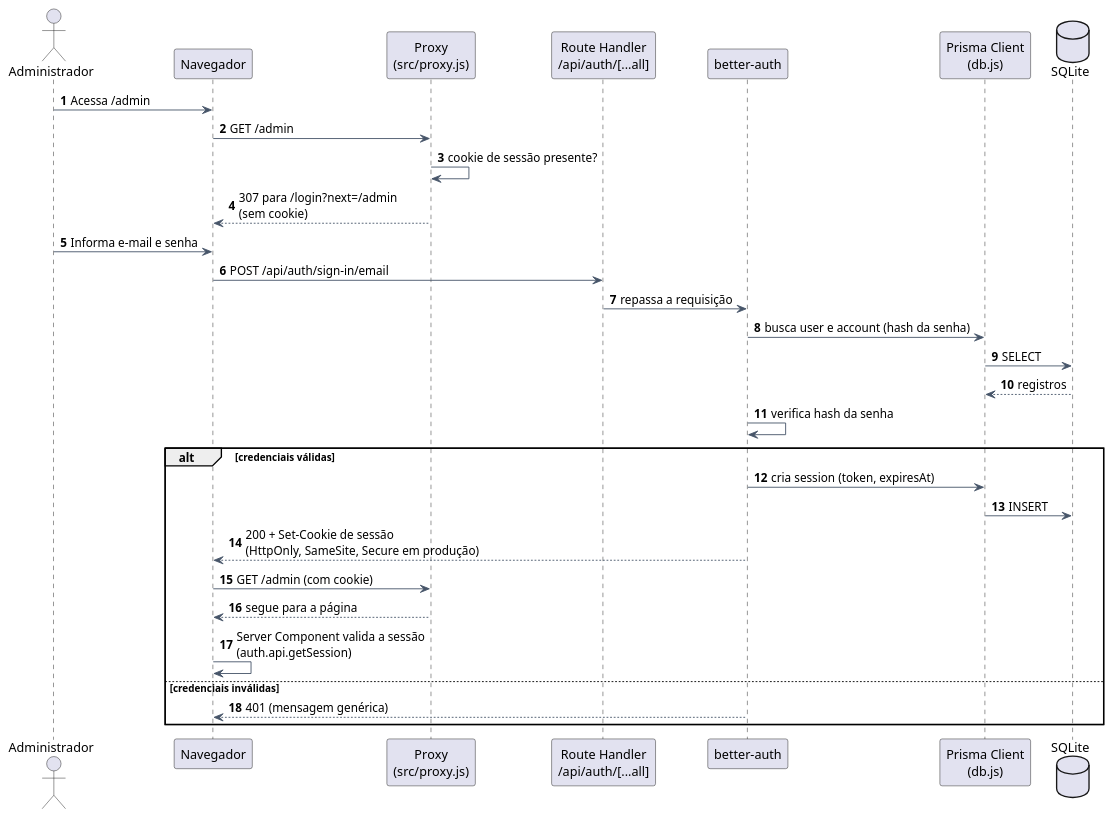
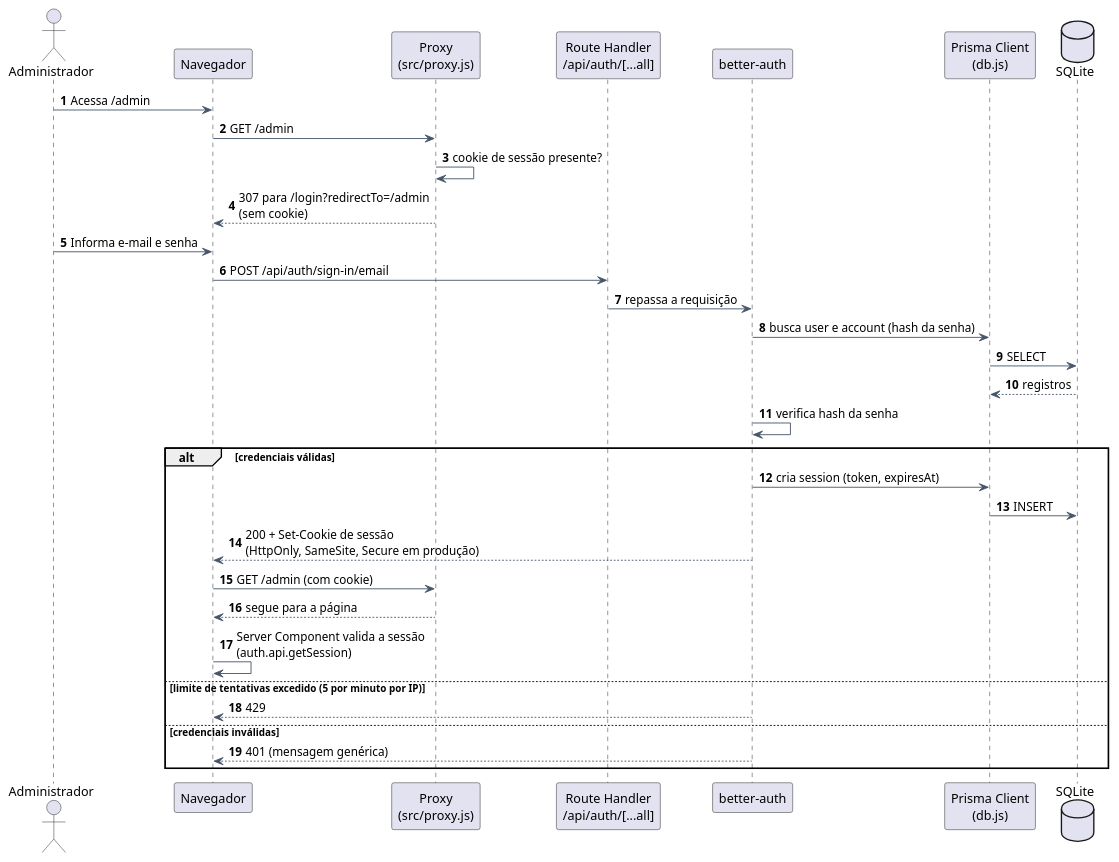
One commit to fromcaio/vitrine changed the diagram in doc/diagrams/src/seq-autenticacao.puml. Above: the diagram before and after it, drawn with PlantUML. The commit also changed 13 other files, not shown here.

```diff
--- a/doc/diagrams/src/seq-autenticacao.puml
+++ b/doc/diagrams/src/seq-autenticacao.puml
@@ -1,44 +1,46 @@
 @startuml seq-autenticacao
 ' ===========================================================================
 ' Vitrine - Sequência: autenticação do administrador (better-auth)
 ' Figura: fig:seq-autenticacao (doc/tex/capitulos/cap5_arquitetura.tex)
 ' Rotas /api/auth/... são as rotas padrão do better-auth (conferir na versão instalada).
 ' ===========================================================================
 skinparam shadowing false
 skinparam defaultFontName Arial
 skinparam ArrowColor #475569
 skinparam sequenceMessageAlign left
 autonumber
 
 actor "Administrador" as Admin
 participant "Navegador" as Nav
 participant "Proxy\n(src/proxy.js)" as Proxy
 participant "Route Handler\n/api/auth/[...all]" as Route
 participant "better-auth" as BA
 participant "Prisma Client\n(db.js)" as DB
 database "SQLite" as Sql
 
 Admin -> Nav : Acessa /admin
 Nav -> Proxy : GET /admin
 Proxy -> Proxy : cookie de sessão presente?
-Proxy --> Nav : 307 para /login?next=/admin\n(sem cookie)
+Proxy --> Nav : 307 para /login?redirectTo=/admin\n(sem cookie)
 
 Admin -> Nav : Informa e-mail e senha
 Nav -> Route : POST /api/auth/sign-in/email
 Route -> BA : repassa a requisição
 BA -> DB : busca user e account (hash da senha)
 DB -> Sql : SELECT
 Sql --> DB : registros
 BA -> BA : verifica hash da senha
 
 alt credenciais válidas
   BA -> DB : cria session (token, expiresAt)
   DB -> Sql : INSERT
   BA --> Nav : 200 + Set-Cookie de sessão\n(HttpOnly, SameSite, Secure em produção)
   Nav -> Proxy : GET /admin (com cookie)
   Proxy --> Nav : segue para a página
   Nav -> Nav : Server Component valida a sessão\n(auth.api.getSession)
+else limite de tentativas excedido (5 por minuto por IP)
+  BA --> Nav : 429
 else credenciais inválidas
   BA --> Nav : 401 (mensagem genérica)
 end
 @enduml
```
